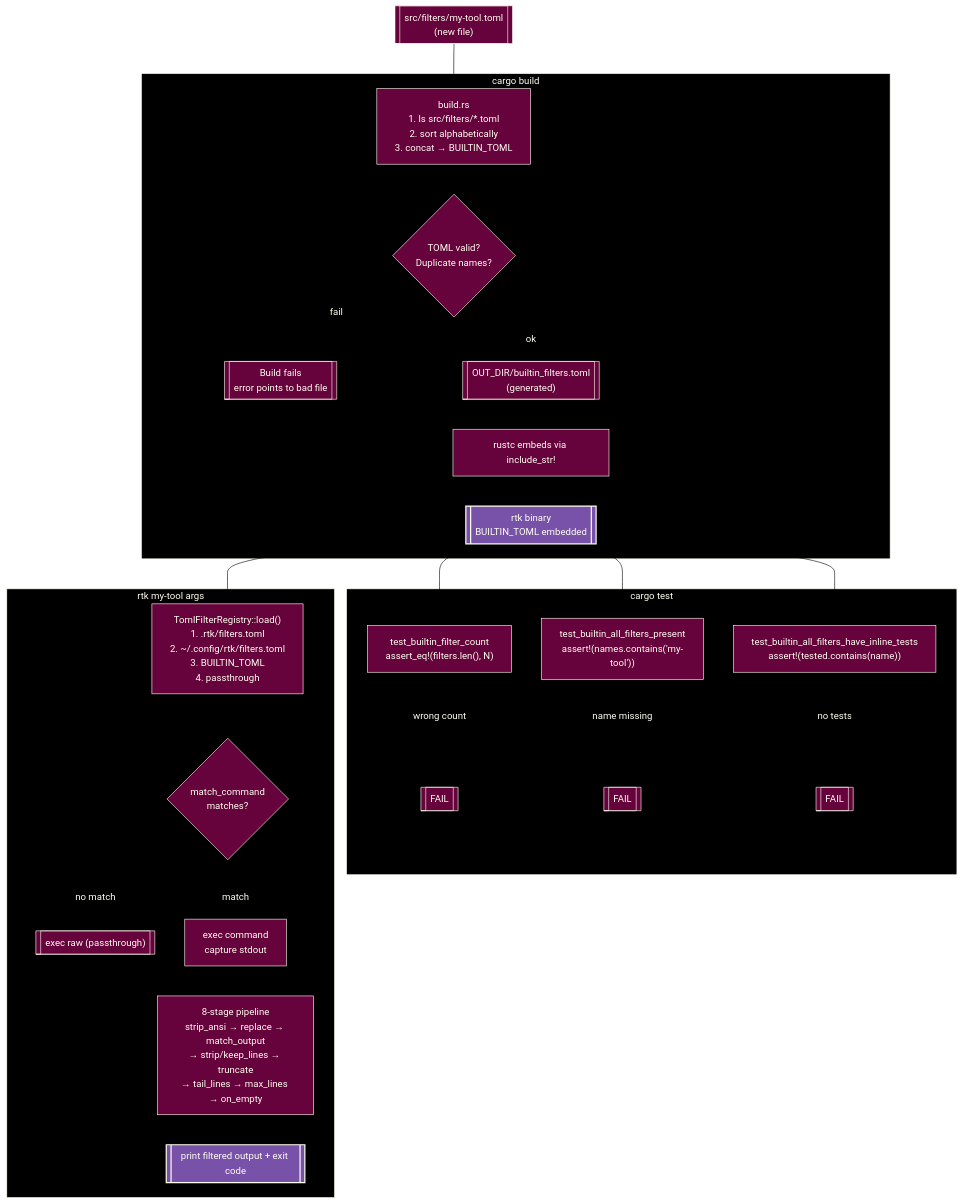
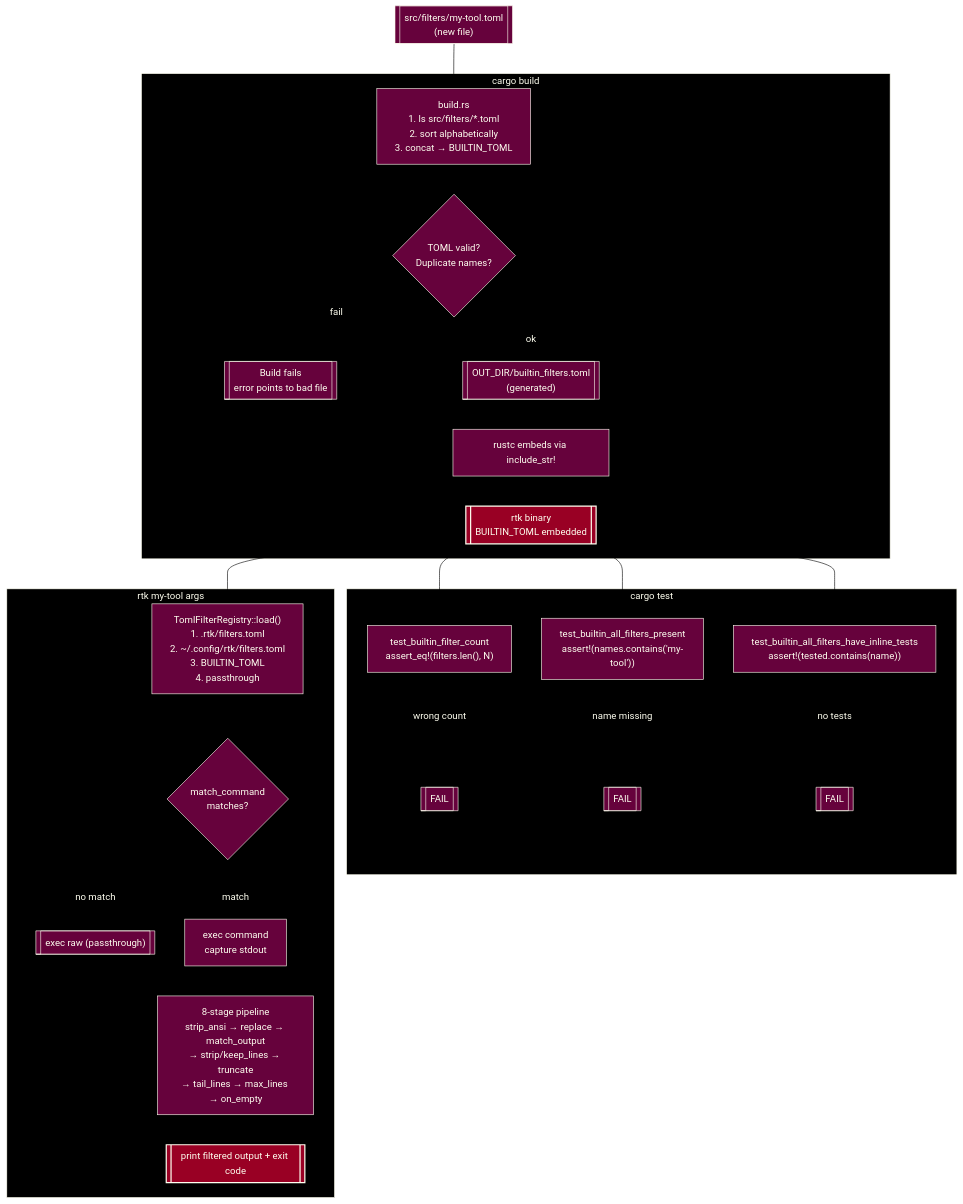
One commit to ryanduguid/rtk changed the first of 2 diagrams in src/filters/README.md. Above: the diagram before and after it, drawn with Mermaid. The commit also changed other lines of this file, not shown here.

Commit message:
docs: match Mermaid accents to website palette (#4)
Replace #7851A9 with #990024 in Mermaid diagrams.

````diff
--- a/src/filters/README.md
+++ b/src/filters/README.md
@@ -73,31 +73,31 @@
 ```mermaid
 flowchart TD
 %%{init: {"theme": "base", "look": "classic", "themeVariables": {"background": "#000000", "primaryColor": "#66023C", "primaryTextColor": "#FFFFF0", "primaryBorderColor": "#FFFFF0", "lineColor": "#000000", "textColor": "#FFFFF0", "edgeLabelBackground": "#000000", "clusterBkg": "#000000", "clusterBorder": "#FFFFF0", "titleColor": "#FFFFF0"}, "themeCSS": ".flowchart-link, .relationshipLine, marker path { filter: drop-shadow(0px 1px 0px #FFFFF0) drop-shadow(0px -1px 0px #FFFFF0) drop-shadow(1px 0px 0px #FFFFF0) drop-shadow(-1px 0px 0px #FFFFF0); }"}}%%
     A[["src/filters/my-tool.toml\n(new file)"]] --> B
 
     subgraph BUILD ["cargo build"]
         B["build.rs\n1. ls src/filters/*.toml\n2. sort alphabetically\n3. concat → BUILTIN_TOML"] --> C
         C{"TOML valid?\nDuplicate names?"} -->|"fail"| D[["Build fails\nerror points to bad file"]]
         C -->|"ok"| E[["OUT_DIR/builtin_filters.toml\n(generated)"]]
         E --> F["rustc embeds via include_str!"]
         F --> G[["rtk binary\nBUILTIN_TOML embedded"]]
     end
 
     subgraph TESTS ["cargo test"]
         H["test_builtin_filter_count\nassert_eq!(filters.len(), N)"] -->|"wrong count"| I[["FAIL"]]
         J["test_builtin_all_filters_present\nassert!(names.contains('my-tool'))"] -->|"name missing"| K[["FAIL"]]
         L["test_builtin_all_filters_have_inline_tests\nassert!(tested.contains(name))"] -->|"no tests"| M[["FAIL"]]
     end
 
     subgraph RUNTIME ["rtk my-tool args"]
         R["TomlFilterRegistry::load()\n1. .rtk/filters.toml\n2. ~/.config/rtk/filters.toml\n3. BUILTIN_TOML\n4. passthrough"] --> S
         S{"match_command\nmatches?"} -->|"no match"| T[["exec raw (passthrough)"]]
         S -->|"match"| U["exec command\ncapture stdout"]
         U --> V["8-stage pipeline\nstrip_ansi → replace → match_output\n→ strip/keep_lines → truncate\n→ tail_lines → max_lines → on_empty"]
         V --> W[["print filtered output + exit code"]]
     end
 
     G --> H & J & L & R
-    style G fill:#7851A9,stroke:#FFFFF0,stroke-width:2px,color:#FFFFF0
-    style W fill:#7851A9,stroke:#FFFFF0,stroke-width:2px,color:#FFFFF0
+    style G fill:#990024,stroke:#FFFFF0,stroke-width:2px,color:#FFFFF0
+    style W fill:#990024,stroke:#FFFFF0,stroke-width:2px,color:#FFFFF0
 ```
````
